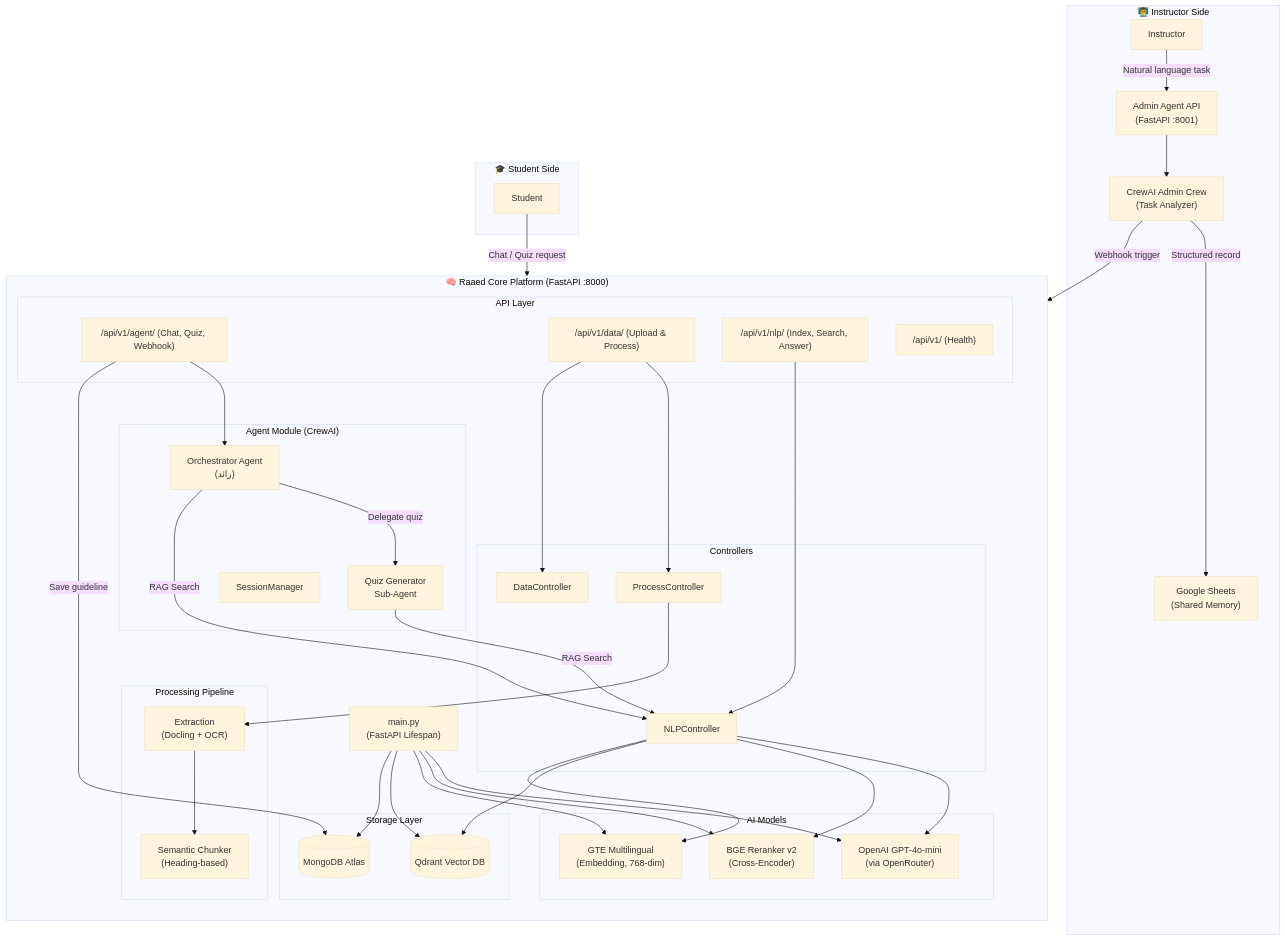
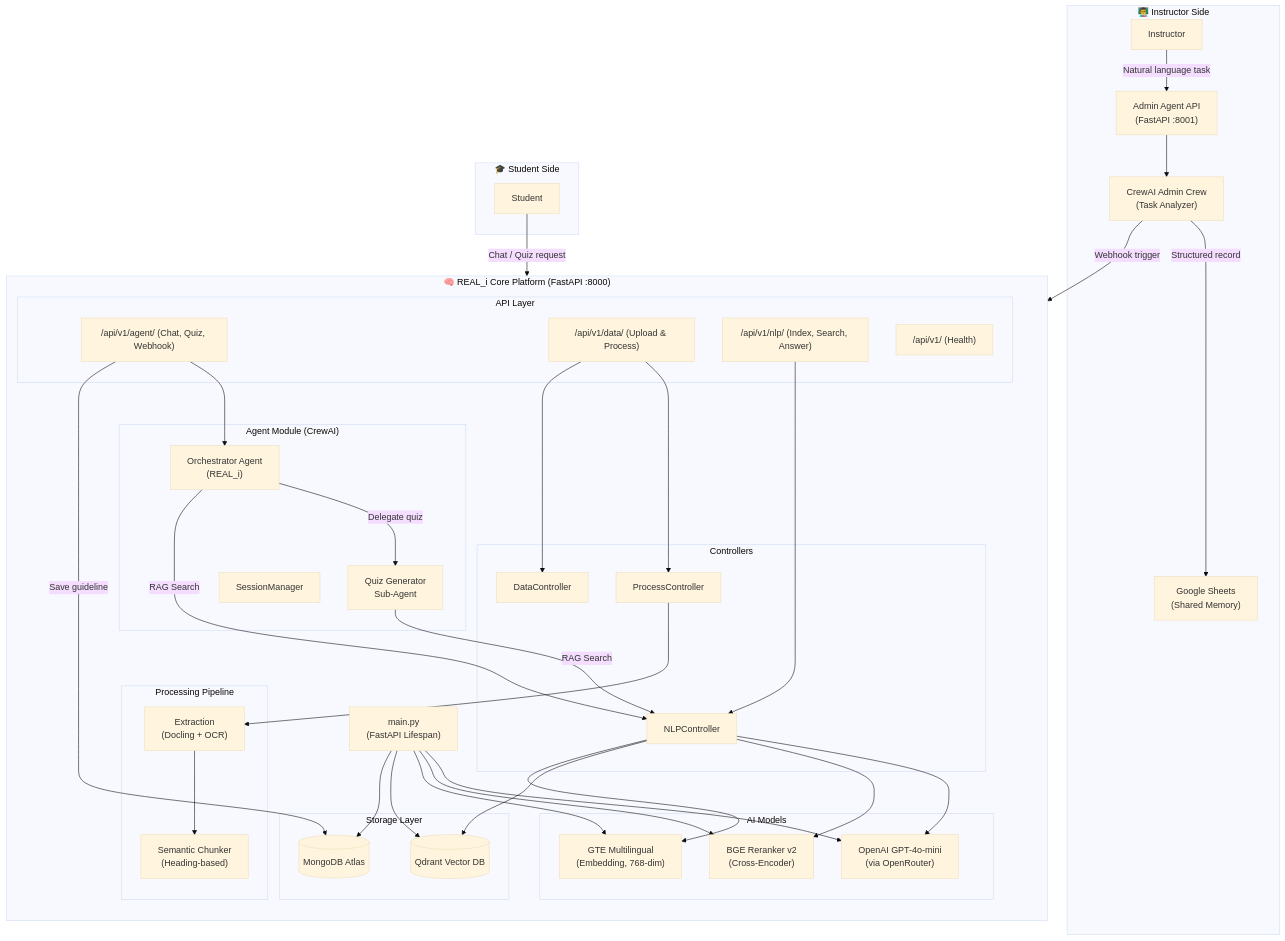
One commit to Gohar-Hany/real-i-ai-engine changed the first of 11 diagrams in docs/SYSTEM_DOCUMENTATION.md. Above: the diagram before and after it, drawn with Mermaid (base theme). The commit also changed other lines of this file and 100 other files, not shown here.

````diff
--- a/docs/SYSTEM_DOCUMENTATION.md
+++ b/docs/SYSTEM_DOCUMENTATION.md
@@ -52,82 +52,82 @@
 ```mermaid
 graph TB
     subgraph "👨‍🏫 Instructor Side"
         INS[Instructor]
         ADMIN_API["Admin Agent API<br/>(FastAPI :8001)"]
         CREW["CrewAI Admin Crew<br/>(Task Analyzer)"]
         GS["Google Sheets<br/>(Shared Memory)"]
     end
 
     subgraph "🎓 Student Side"
         STU[Student]
     end
 
-    subgraph "🧠 Raaed Core Platform (FastAPI :8000)"
+    subgraph "🧠 REAL_i Core Platform (FastAPI :8000)"
         direction TB
         MAIN["main.py<br/>(FastAPI Lifespan)"]
 
         subgraph "API Layer"
             BASE_R["/api/v1/ (Health)"]
             DATA_R["/api/v1/data/ (Upload & Process)"]
             NLP_R["/api/v1/nlp/ (Index, Search, Answer)"]
             AGENT_R["/api/v1/agent/ (Chat, Quiz, Webhook)"]
         end
 
         subgraph "Controllers"
             DC[DataController]
             PC[ProcessController]
             NLPC[NLPController]
         end
 
         subgraph "Agent Module (CrewAI)"
-            ORCH["Orchestrator Agent<br/>(رائد)"]
+            ORCH["Orchestrator Agent<br/>(REAL_i)"]
             QUIZ_A["Quiz Generator<br/>Sub-Agent"]
             SESS[SessionManager]
         end
 
         subgraph "Processing Pipeline"
             EXT["Extraction<br/>(Docling + OCR)"]
             CHUNK["Semantic Chunker<br/>(Heading-based)"]
         end
 
         subgraph "Storage Layer"
             MONGO[(MongoDB Atlas)]
             QDRANT[(Qdrant Vector DB)]
         end
 
         subgraph "AI Models"
             GTE["GTE Multilingual<br/>(Embedding, 768-dim)"]
             BGE["BGE Reranker v2<br/>(Cross-Encoder)"]
             LLM["OpenAI GPT-4o-mini<br/>(via OpenRouter)"]
         end
     end
 
     INS -->|"Natural language task"| ADMIN_API
     ADMIN_API --> CREW
     CREW -->|"Structured record"| GS
     CREW -->|"Webhook trigger"| AGENT_R
     AGENT_R -->|"Save guideline"| MONGO
 
     STU -->|"Chat / Quiz request"| AGENT_R
     AGENT_R --> ORCH
     ORCH -->|"RAG Search"| NLPC
     ORCH -->|"Delegate quiz"| QUIZ_A
     QUIZ_A -->|"RAG Search"| NLPC
 
     DATA_R --> DC
     DATA_R --> PC
     PC --> EXT
     EXT --> CHUNK
 
     NLP_R --> NLPC
     NLPC --> GTE
     NLPC --> QDRANT
     NLPC --> BGE
     NLPC --> LLM
 
     MAIN --> MONGO
     MAIN --> QDRANT
     MAIN --> GTE
     MAIN --> BGE
     MAIN --> LLM
 ```
````
